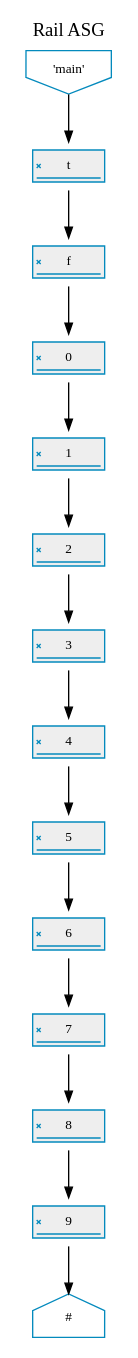
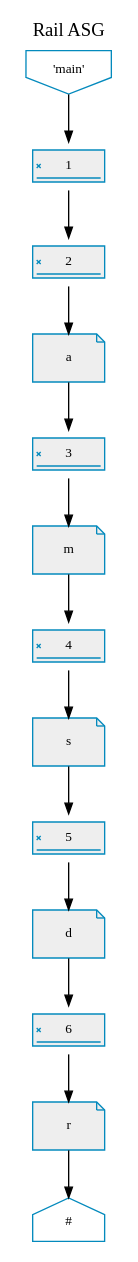
The diagram in projekt-compiler/io/graphviz.dot (ccebinger/SWPSoSe14), drawn with Graphviz before and after one commit. The commit also changed 3 other files, not shown here.

```diff
--- a/projekt-compiler/io/graphviz.dot
+++ b/projekt-compiler/io/graphviz.dot
@@ -1,35 +1,33 @@
 digraph G {
 	node [shape="circle",fontname=Courir,fontsize=10,style=filled,penwidth=1,fillcolor="#EEEEEE",color="#048ABD"]
 	edge [color="#000000", arrowsize="0.8", fontsize=10, decorate=true]
 	labelloc="t";
 	label="Rail ASG";
 	rankdir="TL";
 
 	func_main [shape="invhouse",fillcolor="none",label="'main'"]
 	func_main -> 1
-	1 [label="t",shape=signature]
+	1 [label="1",shape=signature]
 	1 -> 2
-	2 [label="f",shape=signature]
+	2 [label="2",shape=signature]
 	2 -> 3
-	3 [label="0",shape=signature]
+	3 [label="a",shape=note]
 	3 -> 4
-	4 [label="1",shape=signature]
+	4 [label="3",shape=signature]
 	4 -> 5
-	5 [label="2",shape=signature]
+	5 [label="m",shape=note]
 	5 -> 6
-	6 [label="3",shape=signature]
+	6 [label="4",shape=signature]
 	6 -> 7
-	7 [label="4",shape=signature]
+	7 [label="s",shape=note]
 	7 -> 8
 	8 [label="5",shape=signature]
 	8 -> 9
-	9 [label="6",shape=signature]
+	9 [label="d",shape=note]
 	9 -> 10
-	10 [label="7",shape=signature]
+	10 [label="6",shape=signature]
 	10 -> 11
-	11 [label="8",shape=signature]
+	11 [label="r",shape=note]
 	11 -> 12
-	12 [label="9",shape=signature]
-	12 -> 13
-	13 [label="#",shape=house,fillcolor=none]
+	12 [label="#",shape=house,fillcolor=none]
 }
```
